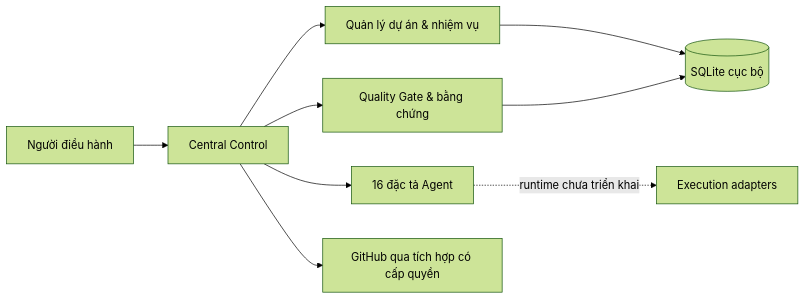
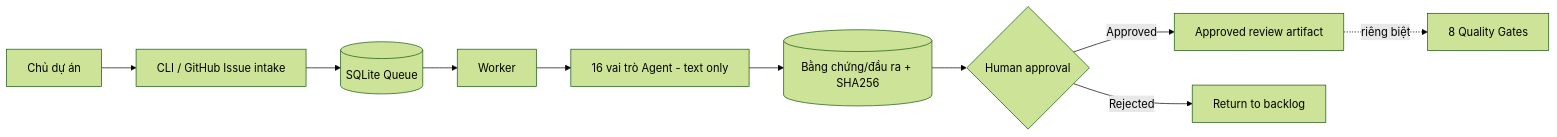
Before and after one commit to lengocsang-1991/ai-software-factory-control: the diagram in README.md, drawn with Mermaid (forest theme). The commit also changed other lines of this file and 20 other files, not shown here.

Commit message:
feat: add durable 16-role analysis orchestrator, GitHub issue intake and approval gate v1.3.0

````diff
--- a/README.md
+++ b/README.md
@@ -16,11 +18,12 @@
 ```mermaid
 flowchart LR
-    A[Người điều hành] --> B[Central Control]
-    B --> C[Quản lý dự án & nhiệm vụ]
-    B --> D[Quality Gate & bằng chứng]
-    B --> E[16 đặc tả Agent]
-    C --> F[(SQLite cục bộ)]
-    D --> F
-    E -. runtime chưa triển khai .-> G[Execution adapters]
-    B --> H[GitHub qua tích hợp có cấp quyền]
+    U[Chủ dự án] --> I[CLI / GitHub Issue intake]
+    I --> Q[(SQLite Queue)]
+    Q --> W[Worker]
+    W --> A[16 vai trò Agent - text only]
+    A --> E[(Bằng chứng/đầu ra + SHA256)]
+    E --> G{Human approval}
+    G -->|Approved| R[Approved review artifact]
+    G -->|Rejected| B[Return to backlog]
+    R -. riêng biệt .-> QG[8 Quality Gates]
 ```
````
